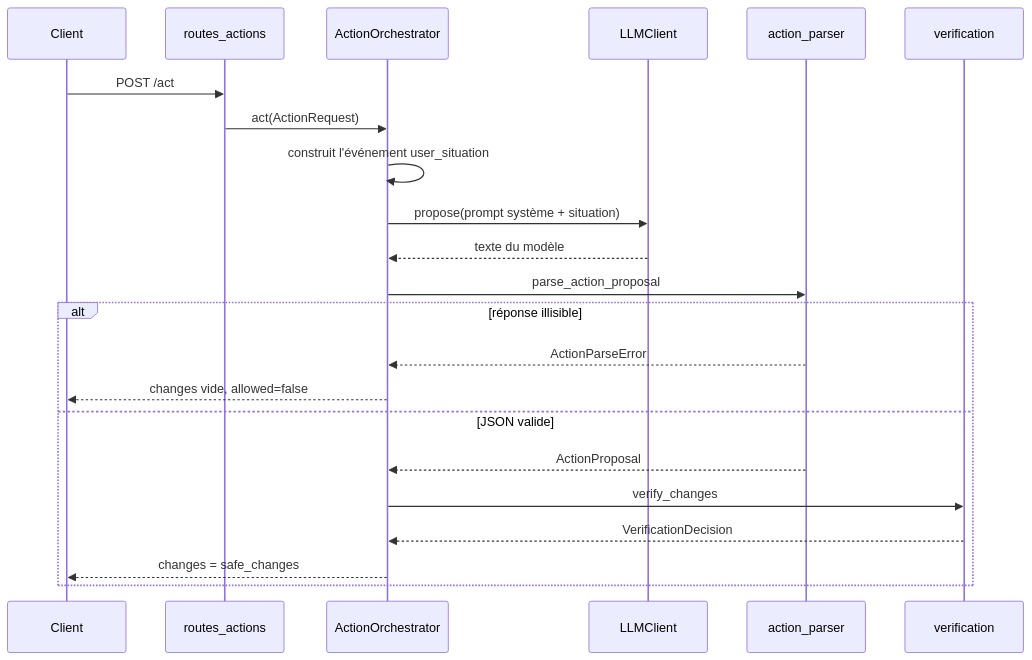
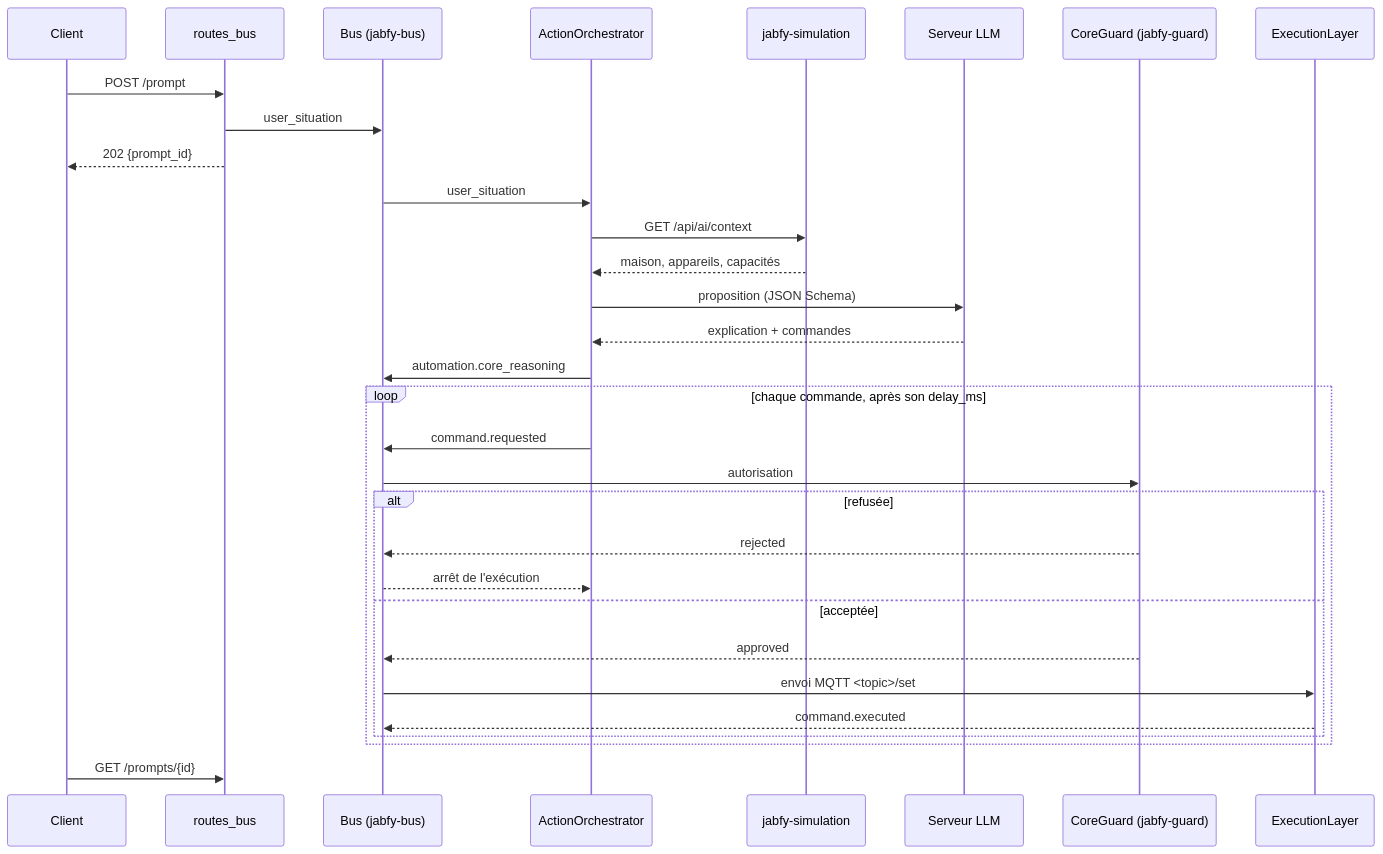
The diagram in docs/fonctionnement.md (jabfy-corp/jabfy-core), drawn with Mermaid before and after one commit. The commit also changed other lines of this file and 4 other files, not shown here.

````diff
--- a/docs/fonctionnement.md
+++ b/docs/fonctionnement.md
@@ -5,24 +5,33 @@
 ```mermaid
 sequenceDiagram
     participant C as Client
-    participant R as routes_actions
+    participant R as routes_bus
+    participant B as Bus (jabfy-bus)
     participant O as ActionOrchestrator
-    participant L as LLMClient
-    participant P as action_parser
-    participant V as verification
-    C->>R: POST /act
-    R->>O: act(ActionRequest)
-    O->>O: construit l'événement user_situation
-    O->>L: propose(prompt système + situation)
-    L-->>O: texte du modèle
-    O->>P: parse_action_proposal
-    alt réponse illisible
-        P-->>O: ActionParseError
-        O-->>C: changes vide, allowed=false
-    else JSON valide
-        P-->>O: ActionProposal
-        O->>V: verify_changes
-        V-->>O: VerificationDecision
-        O-->>C: changes = safe_changes
+    participant S as jabfy-simulation
+    participant L as Serveur LLM
+    participant G as CoreGuard (jabfy-guard)
+    participant E as ExecutionLayer
+    C->>R: POST /prompt
+    R->>B: user_situation
+    R-->>C: 202 {prompt_id}
+    B->>O: user_situation
+    O->>S: GET /api/ai/context
+    S-->>O: maison, appareils, capacités
+    O->>L: proposition (JSON Schema)
+    L-->>O: explication + commandes
+    O->>B: automation.core_reasoning
+    loop chaque commande, après son delay_ms
+        O->>B: command.requested
+        B->>G: autorisation
+        alt refusée
+            G-->>B: rejected
+            B-->>O: arrêt de l'exécution
+        else acceptée
+            G-->>B: approved
+            B->>E: envoi MQTT <topic>/set
+            E-->>B: command.executed
+        end
     end
+    C->>R: GET /prompts/{id}
 ```
````
